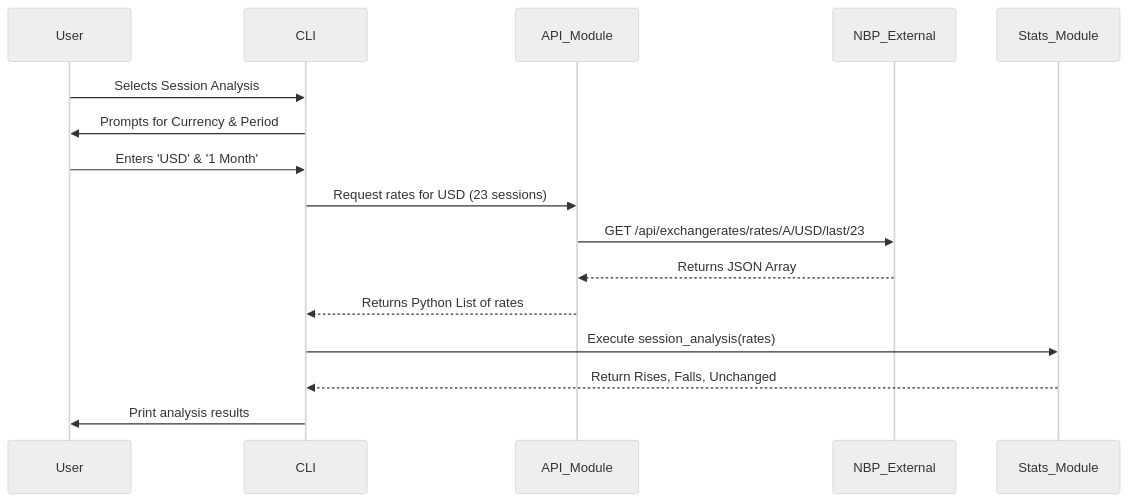
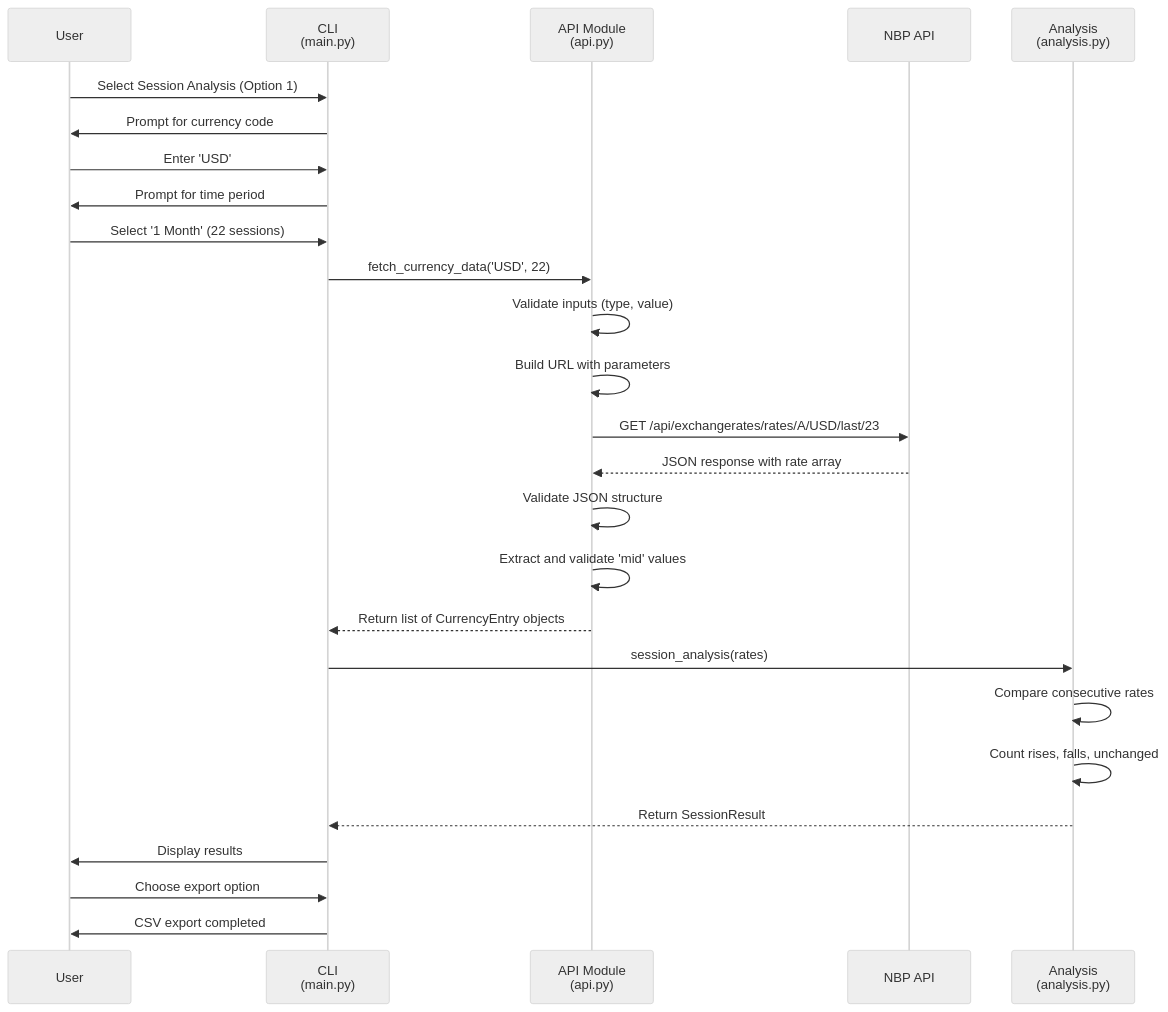
Before and after one commit to IIS-ZPI/ZPI2025_IO2_Wladca_Requestow_Druzyna_Commita: the second of 5 diagrams in cas_project/docs/Architecture.md, drawn with Mermaid (neutral theme). The commit also changed other lines of this file and 1 other file, not shown here.

Commit message:
README + Architecture

````diff
--- a/cas_project/docs/Architecture.md
+++ b/cas_project/docs/Architecture.md
@@ -26,19 +233,33 @@
 ```mermaid
 sequenceDiagram
     participant User
-    participant CLI
-    participant API_Module
-    participant NBP_External
-    participant Stats_Module
-
-    User->>CLI: Selects Session Analysis
-    CLI->>User: Prompts for Currency & Period
-    User->>CLI: Enters 'USD' & '1 Month'
-    CLI->>API_Module: Request rates for USD (23 sessions)
-    API_Module->>NBP_External: GET /api/exchangerates/rates/A/USD/last/23
-    NBP_External-->>API_Module: Returns JSON Array
-    API_Module-->>CLI: Returns Python List of rates
-    CLI->>Stats_Module: Execute session_analysis(rates)
-    Stats_Module-->>CLI: Return Rises, Falls, Unchanged
-    CLI->>User: Print analysis results
+    participant CLI as CLI<br/>(main.py)
+    participant API as API Module<br/>(api.py)
+    participant NBP as NBP API
+    participant Analysis as Analysis<br/>(analysis.py)
+    
+    User->>CLI: Select Session Analysis (Option 1)
+    CLI->>User: Prompt for currency code
+    User->>CLI: Enter 'USD'
+    CLI->>User: Prompt for time period
+    User->>CLI: Select '1 Month' (22 sessions)
+    
+    CLI->>API: fetch_currency_data('USD', 22)
+    API->>API: Validate inputs (type, value)
+    API->>API: Build URL with parameters
+    API->>NBP: GET /api/exchangerates/rates/A/USD/last/23
+    
+    NBP-->>API: JSON response with rate array
+    API->>API: Validate JSON structure
+    API->>API: Extract and validate 'mid' values
+    API-->>CLI: Return list of CurrencyEntry objects
+    
+    CLI->>Analysis: session_analysis(rates)
+    Analysis->>Analysis: Compare consecutive rates
+    Analysis->>Analysis: Count rises, falls, unchanged
+    Analysis-->>CLI: Return SessionResult
+    
+    CLI->>User: Display results
+    User->>CLI: Choose export option
+    CLI->>User: CSV export completed
 ```
````
